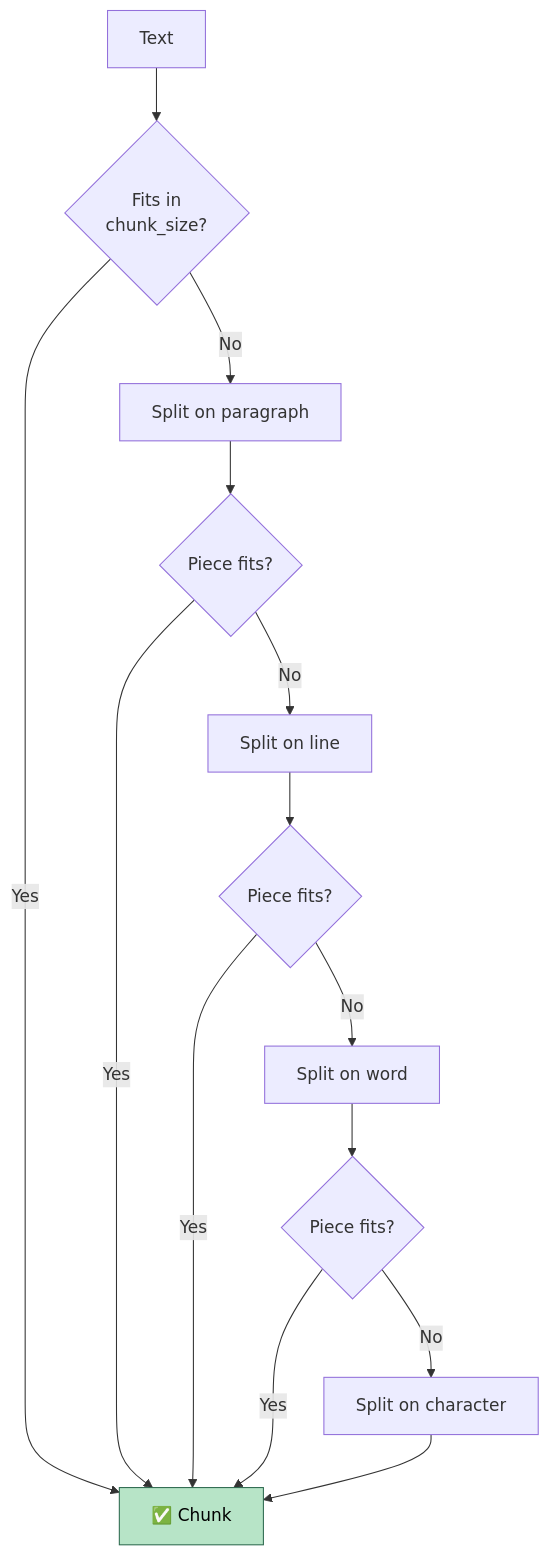
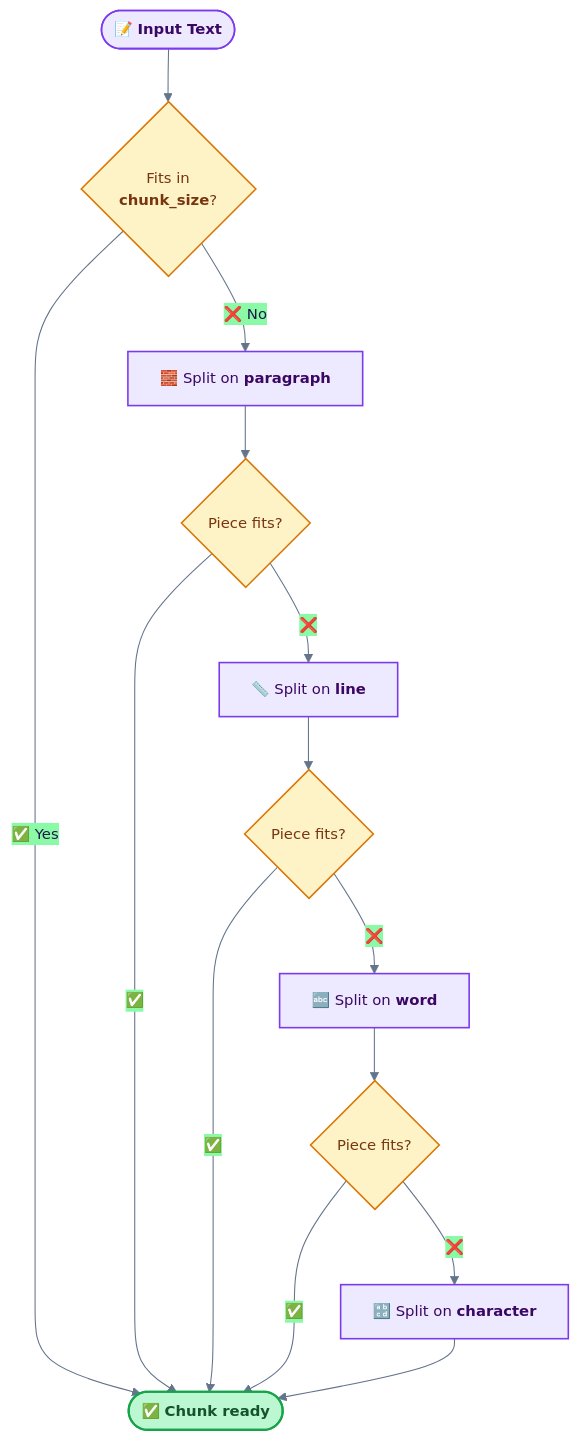
One commit to Og-Brutal/langchain-rag-pipeline changed the fourth of 6 diagrams in README.md. Above: the diagram before and after it, drawn with Mermaid. The commit also changed other lines of this file, not shown here.

First line of the commit message:
docs: redesign README with polished visuals and refined diagrams

````diff
--- a/README.md
+++ b/README.md
@@ -196,18 +229,24 @@
 ```mermaid
+%%{init: {'theme':'base','themeVariables':{'primaryColor':'#A78BFA','primaryTextColor':'#1E1B4B','primaryBorderColor':'#7C3AED','lineColor':'#64748B','fontSize':'14px','fontFamily':'Inter, Segoe UI, sans-serif'}}}%%
 flowchart TD
-    T["Text"] --> S1{"Fits in<br/>chunk_size?"}
-    S1 -->|Yes| OK["✅ Chunk"]
-    S1 -->|No| P["Split on paragraph"]
+    T(["📝 <b>Input Text</b>"]) --> S1{"Fits in<br/><b>chunk_size</b>?"}
+    S1 -->|✅ Yes| OK(["✅ <b>Chunk ready</b>"])
+    S1 -->|❌ No| P["🧱 Split on <b>paragraph</b>"]
     P --> S2{"Piece fits?"}
-    S2 -->|Yes| OK
-    S2 -->|No| LN["Split on line"]
+    S2 -->|✅| OK
+    S2 -->|❌| LN["📏 Split on <b>line</b>"]
     LN --> S3{"Piece fits?"}
-    S3 -->|Yes| OK
-    S3 -->|No| W["Split on word"]
+    S3 -->|✅| OK
+    S3 -->|❌| W["🔤 Split on <b>word</b>"]
     W --> S4{"Piece fits?"}
-    S4 -->|Yes| OK
-    S4 -->|No| CH["Split on character"]
+    S4 -->|✅| OK
+    S4 -->|❌| CH["🔡 Split on <b>character</b>"]
     CH --> OK
 
-    style OK fill:#b7e4c7,stroke:#2d6a4f,color:#000
+    classDef ok fill:#BBF7D0,stroke:#16A34A,stroke-width:2px,color:#14532D
+    classDef step fill:#EDE9FE,stroke:#7C3AED,stroke-width:1.5px,color:#3B0764
+    classDef decision fill:#FEF3C7,stroke:#D97706,stroke-width:1.5px,color:#78350F
+    class OK ok
+    class T,P,LN,W,CH step
+    class S1,S2,S3,S4 decision
 ```
````
